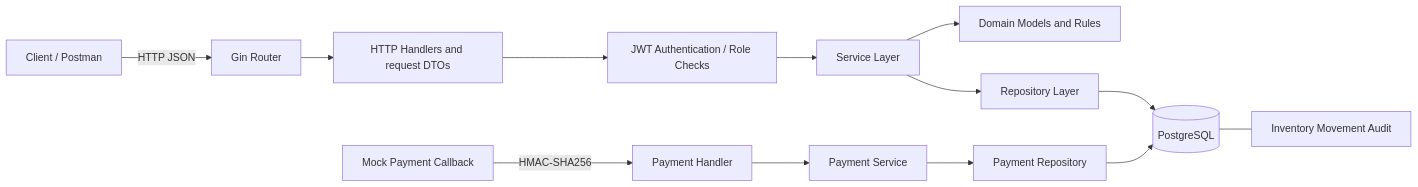
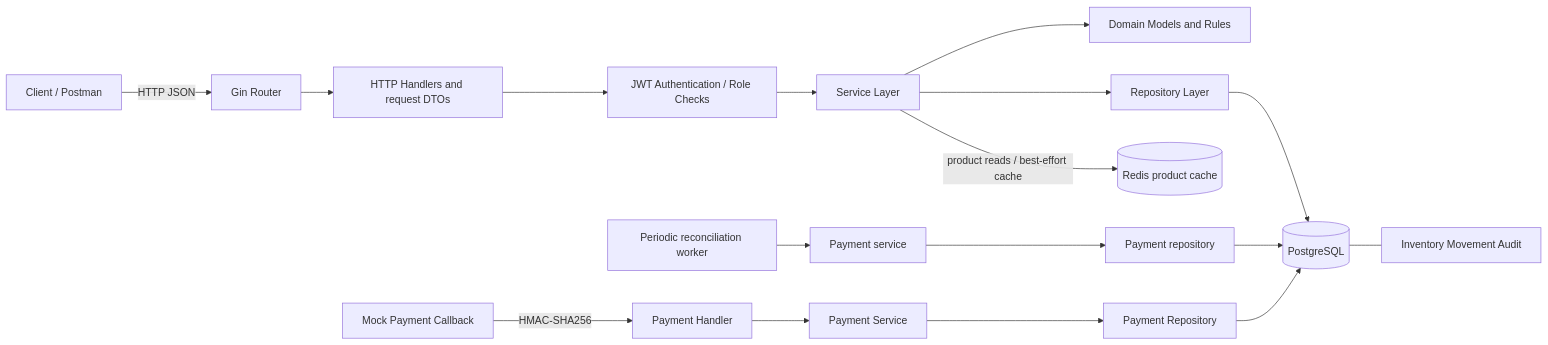
The first of 3 diagrams in README.md (manmohansharma21/orderflow), drawn with Mermaid before and after one commit. The commit also changed other lines of this file and 30 other files, not shown here.

````diff
--- a/README.md
+++ b/README.md
@@ -18,15 +21,20 @@
 ```mermaid
 flowchart LR
     U[Client / Postman] -->|HTTP JSON| R[ Gin Router ]
     R --> H[HTTP Handlers and request DTOs]
     H --> A[JWT Authentication / Role Checks]
     A --> S[Service Layer]
     S --> D[Domain Models and Rules]
     S --> P[Repository Layer]
     P --> DB[(PostgreSQL)]
+    CACHE[(Redis product cache)]
+    S -->|product reads / best-effort cache| CACHE
+    SCHED[Periodic reconciliation worker] --> PSVC[Payment service]
+    PSVC --> PRX[Payment repository]
+    PRX --> DB
     WH[Mock Payment Callback] -->|HMAC-SHA256| PH[Payment Handler]
     PH --> PS[Payment Service]
     PS --> PR[Payment Repository]
     PR --> DB
     DB --- IM[Inventory Movement Audit]
 ```
````
